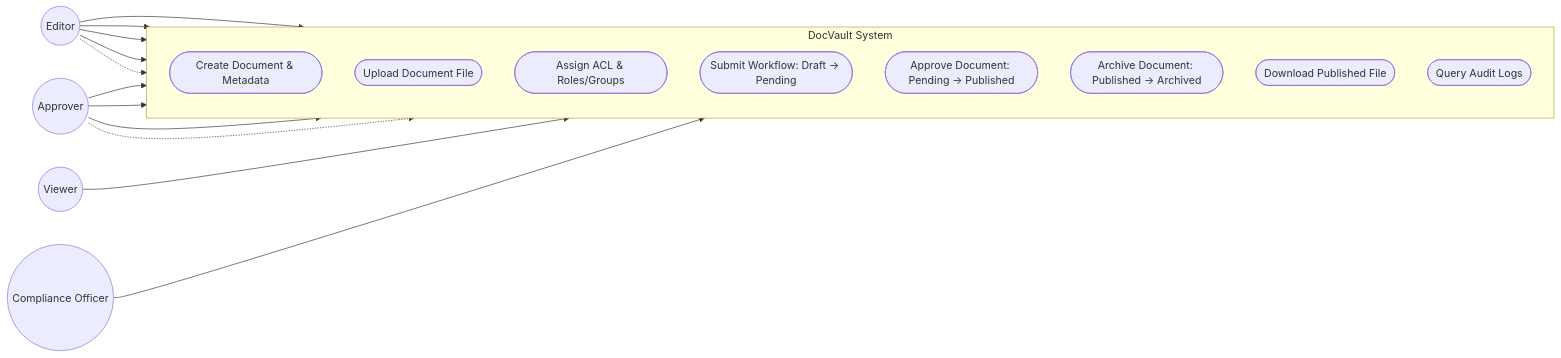
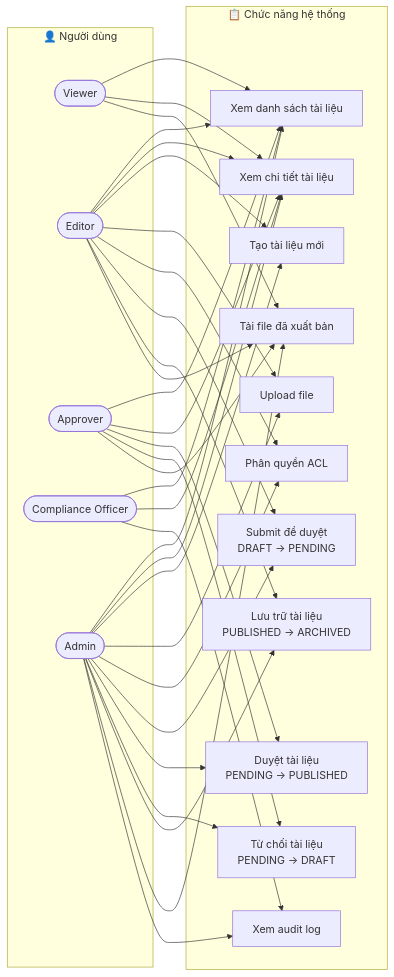
One commit to daithang59/docvault changed the third of 3 diagrams in README.md. Above: the diagram before and after it, drawn with Mermaid. The commit also changed other lines of this file and 1 other file, not shown here.

````diff
--- a/README.md
+++ b/README.md
@@ -256,37 +79,59 @@
 ```mermaid
 flowchart LR
-    %% Actors
-    V((Viewer))
-    E((Editor))
-    A((Approver))
-    CO((Compliance Officer))
+    subgraph ACTORS["👤 Người dùng"]
+        V(["Viewer"])
+        E(["Editor"])
+        A(["Approver"])
+        CO(["Compliance Officer"])
+        ADM(["Admin"])
+    end
 
-    subgraph "DocVault System"
-        direction TB
-        UC1([Create Document & Metadata])
-        UC2([Upload Document File])
-        UC3([Assign ACL & Roles/Groups])
-        UC4([Submit Workflow: Draft -> Pending])
-        UC5([Approve Document: Pending -> Published])
-        UC6([Archive Document: Published -> Archived])
-        UC7([Download Published File])
-        UC8([Query Audit Logs])
+    subgraph USECASES["📋 Chức năng hệ thống"]
+        UC1["Xem danh sách tài liệu"]
+        UC2["Xem chi tiết tài liệu"]
+        UC3["Tạo tài liệu mới"]
+        UC4["Upload file"]
+        UC5["Phân quyền ACL"]
+        UC6["Submit để duyệt\nDRAFT → PENDING"]
+        UC7["Duyệt tài liệu\nPENDING → PUBLISHED"]
+        UC8["Từ chối tài liệu\nPENDING → DRAFT"]
+        UC9["Lưu trữ tài liệu\nPUBLISHED → ARCHIVED"]
+        UC10["Tải file đã xuất bản"]
+        UC11["Xem audit log"]
     end
+
+    V --> UC1
+    V --> UC2
+    V --> UC10
 
     E --> UC1
     E --> UC2
     E --> UC3
     E --> UC4
+    E --> UC5
+    E --> UC6
+    E --> UC9
+    E --> UC10
 
-    A --> UC5
-    A --> UC6
-    A --> UC3
-    
-    V --> UC7
+    A --> UC1
+    A --> UC2
+    A --> UC7
+    A --> UC8
+    A --> UC10
 
-    CO --> UC8
-    
-    %% Implicit capabilities (Editor and Approver can often download/view too if ACL allows)
-    E -.-> UC7
-    A -.-> UC7
+    CO --> UC1
+    CO --> UC2
+    CO --> UC11
+
+    ADM --> UC1
+    ADM --> UC2
+    ADM --> UC3
+    ADM --> UC4
+    ADM --> UC5
+    ADM --> UC6
+    ADM --> UC7
+    ADM --> UC8
+    ADM --> UC9
+    ADM --> UC10
+    ADM --> UC11
 ```
````
